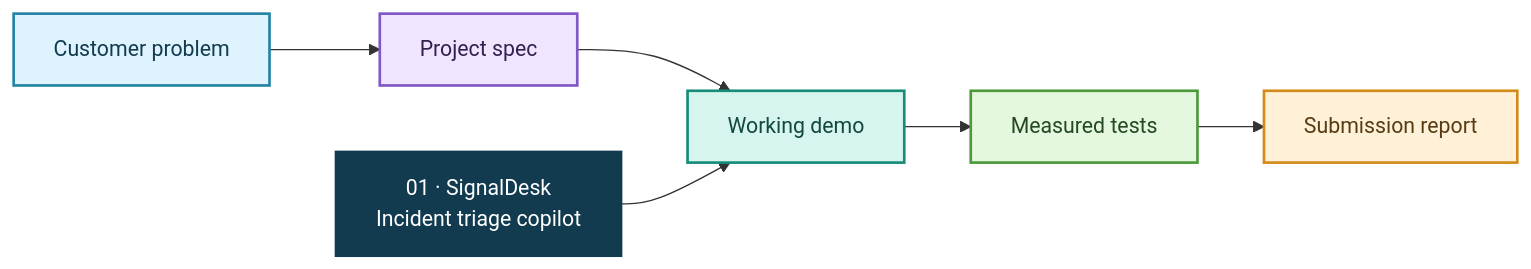
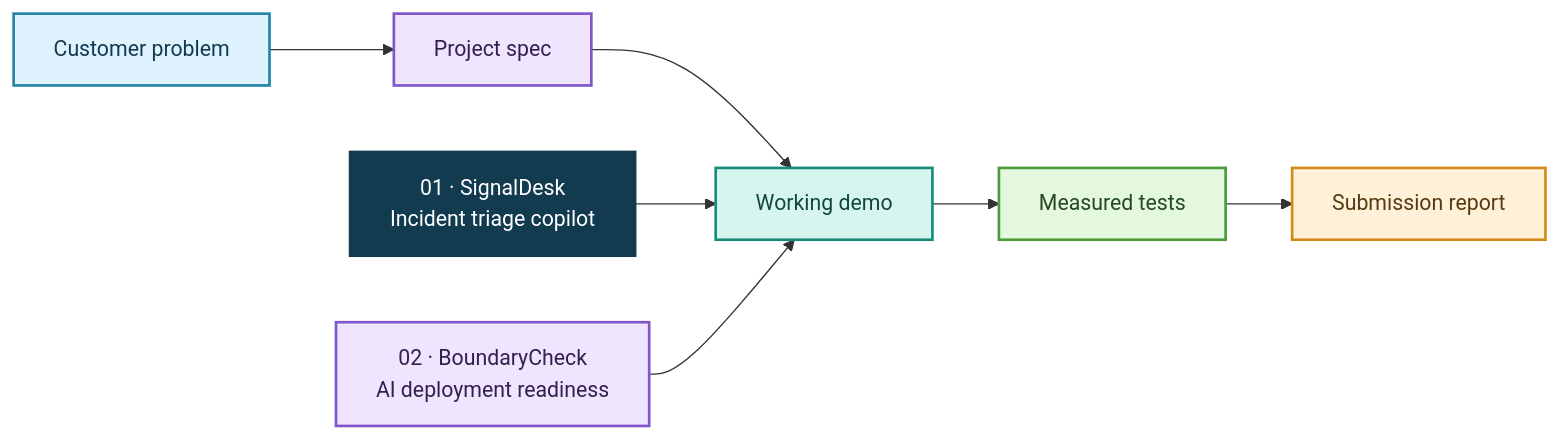
Before and after one commit to Asresh/FDE-projects: the diagram in README.md, drawn with Mermaid. The commit also changed other lines of this file and 22 other files, not shown here.

Commit message:
Add BoundaryCheck deployment readiness project

````diff
--- a/README.md
+++ b/README.md
@@ -13,12 +14,14 @@
 ```mermaid
 flowchart LR
   A[Customer problem]:::blue --> B[Project spec]:::purple --> C[Working demo]:::teal --> D[Measured tests]:::green --> E[Submission report]:::orange
   P1[01 · SignalDesk
   Incident triage copilot]:::navy --> C
+  P2[02 · BoundaryCheck
+  AI deployment readiness]:::purple --> C
   classDef blue fill:#DFF3FF,stroke:#2384A6,color:#123B50,stroke-width:2px
   classDef purple fill:#EFE5FF,stroke:#8056C8,color:#33204F,stroke-width:2px
   classDef teal fill:#D7F5EF,stroke:#168C79,color:#12483F,stroke-width:2px
   classDef green fill:#E4F7DF,stroke:#4C9A39,color:#244920,stroke-width:2px
   classDef orange fill:#FFF0D8,stroke:#D38A18,color:#573B13,stroke-width:2px
   classDef navy fill:#123B50,stroke:#123B50,color:#FFFFFF,stroke-width:2px
 ```
````
